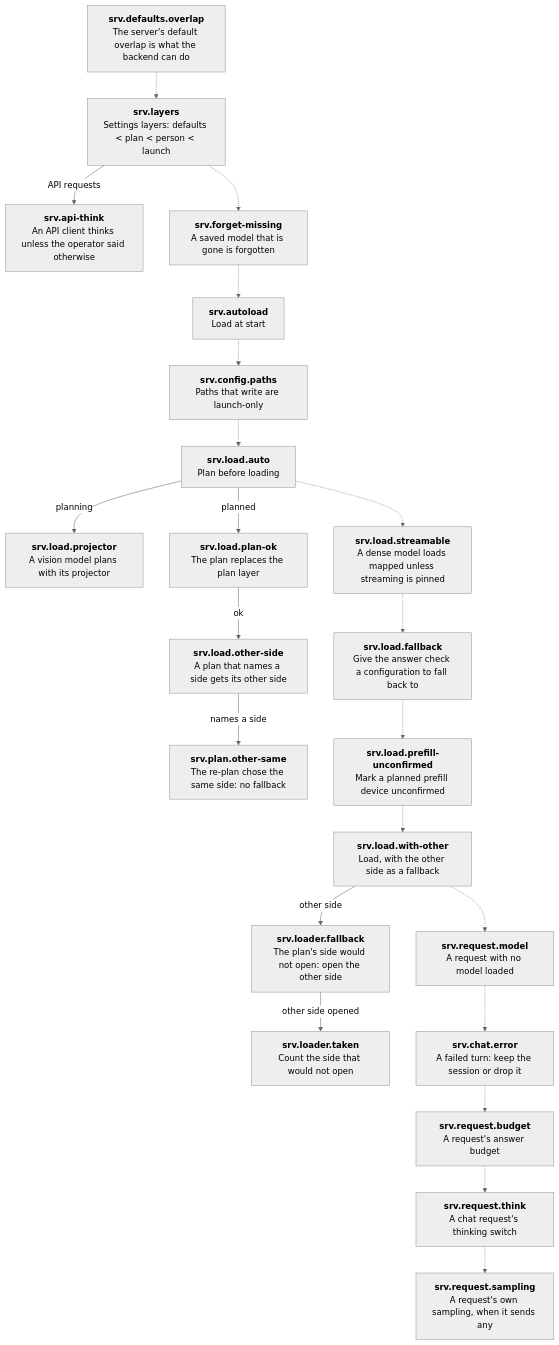
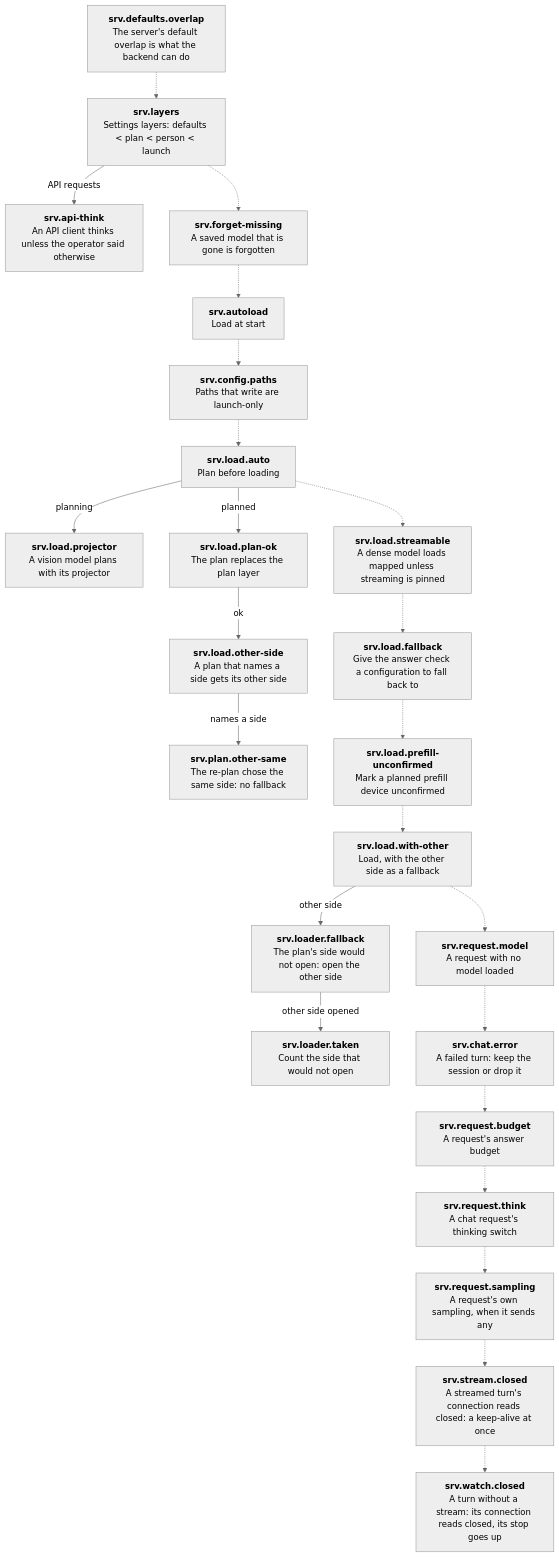
Before and after one commit to Helldez/BigMoeOnEdge: the third of 7 diagrams in docs/decision-tree.md, drawn with Mermaid (neutral theme). The commit also changed other lines of this file and 8 other files, not shown here.

````diff
--- a/docs/decision-tree.md
+++ b/docs/decision-tree.md
@@ -276,46 +276,50 @@
 ```mermaid
 flowchart TD
     srv_defaults_overlap["<b>srv.defaults.overlap</b><br/>The server's default overlap is what the backend can do"]
     srv_layers["<b>srv.layers</b><br/>Settings layers: defaults #lt; plan #lt; person #lt; launch"]
     srv_api_think["<b>srv.api-think</b><br/>An API client thinks unless the operator said otherwise"]
     srv_forget_missing["<b>srv.forget-missing</b><br/>A saved model that is gone is forgotten"]
     srv_autoload["<b>srv.autoload</b><br/>Load at start"]
     srv_config_paths["<b>srv.config.paths</b><br/>Paths that write are launch-only"]
     srv_load_auto["<b>srv.load.auto</b><br/>Plan before loading"]
     srv_load_projector["<b>srv.load.projector</b><br/>A vision model plans with its projector"]
     srv_load_plan_ok["<b>srv.load.plan-ok</b><br/>The plan replaces the plan layer"]
     srv_load_other_side["<b>srv.load.other-side</b><br/>A plan that names a side gets its other side"]
     srv_plan_other_same["<b>srv.plan.other-same</b><br/>The re-plan chose the same side: no fallback"]
     srv_load_streamable["<b>srv.load.streamable</b><br/>A dense model loads mapped unless streaming is pinned"]
     srv_load_fallback["<b>srv.load.fallback</b><br/>Give the answer check a configuration to fall back to"]
     srv_load_prefill_unconfirmed["<b>srv.load.prefill-unconfirmed</b><br/>Mark a planned prefill device unconfirmed"]
     srv_load_with_other["<b>srv.load.with-other</b><br/>Load, with the other side as a fallback"]
     srv_loader_fallback["<b>srv.loader.fallback</b><br/>The plan's side would not open: open the other side"]
     srv_loader_taken["<b>srv.loader.taken</b><br/>Count the side that would not open"]
     srv_request_model["<b>srv.request.model</b><br/>A request with no model loaded"]
     srv_chat_error["<b>srv.chat.error</b><br/>A failed turn: keep the session or drop it"]
     srv_request_budget["<b>srv.request.budget</b><br/>A request's answer budget"]
     srv_request_think["<b>srv.request.think</b><br/>A chat request's thinking switch"]
     srv_request_sampling["<b>srv.request.sampling</b><br/>A request's own sampling, when it sends any"]
+    srv_stream_closed["<b>srv.stream.closed</b><br/>A streamed turn's connection reads closed: a keep-alive at once"]
+    srv_watch_closed["<b>srv.watch.closed</b><br/>A turn without a stream: its connection reads closed, its stop goes up"]
     srv_layers -->|"API requests"| srv_api_think
     srv_load_auto -->|"planning"| srv_load_projector
     srv_load_auto -->|"planned"| srv_load_plan_ok
     srv_load_plan_ok -->|"ok"| srv_load_other_side
     srv_load_other_side -->|"names a side"| srv_plan_other_same
     srv_load_with_other -->|"other side"| srv_loader_fallback
     srv_loader_fallback -->|"other side opened"| srv_loader_taken
     srv_defaults_overlap -.-> srv_layers
     srv_layers -.-> srv_forget_missing
     srv_forget_missing -.-> srv_autoload
     srv_autoload -.-> srv_config_paths
     srv_config_paths -.-> srv_load_auto
     srv_load_auto -.-> srv_load_streamable
     srv_load_streamable -.-> srv_load_fallback
     srv_load_fallback -.-> srv_load_prefill_unconfirmed
     srv_load_prefill_unconfirmed -.-> srv_load_with_other
     srv_load_with_other -.-> srv_request_model
     srv_request_model -.-> srv_chat_error
     srv_chat_error -.-> srv_request_budget
     srv_request_budget -.-> srv_request_think
     srv_request_think -.-> srv_request_sampling
+    srv_request_sampling -.-> srv_stream_closed
+    srv_stream_closed -.-> srv_watch_closed
 ```
````
